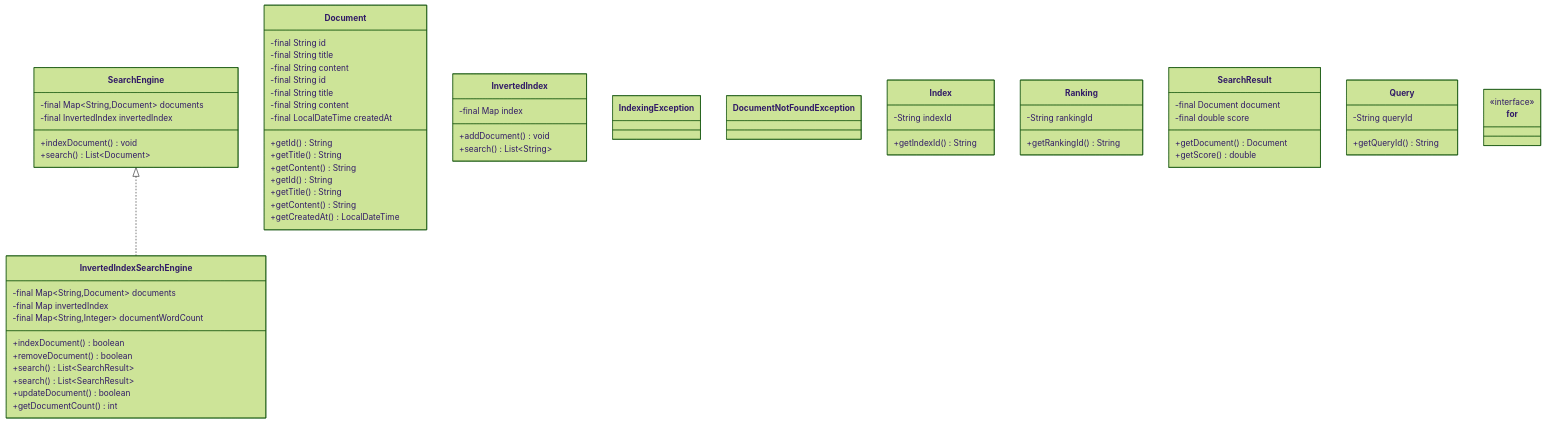
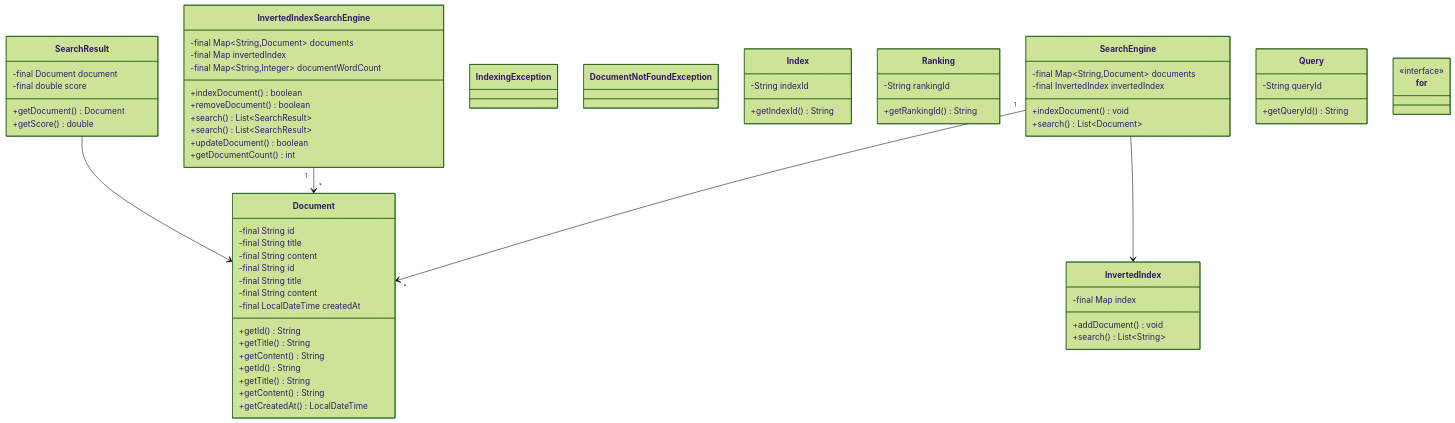
The diagram in docs/problems/simplesearch/README.md (dlkr18/lld-playbook), drawn with Mermaid (forest theme) before and after one commit. The commit also changed 119 other files, not shown here.

First line of the commit message:
feat: add comprehensive relationships to all class diagrams

````diff
--- a/docs/problems/simplesearch/README.md
+++ b/docs/problems/simplesearch/README.md
@@ -135,5 +135,8 @@
     class for
     <<interface>> for
 
-    SearchEngine <|.. InvertedIndexSearchEngine
+    SearchEngine "1" --> "*" Document
+    SearchEngine --> InvertedIndex
+    InvertedIndexSearchEngine "1" --> "*" Document
+    SearchResult --> Document
 ```
````
